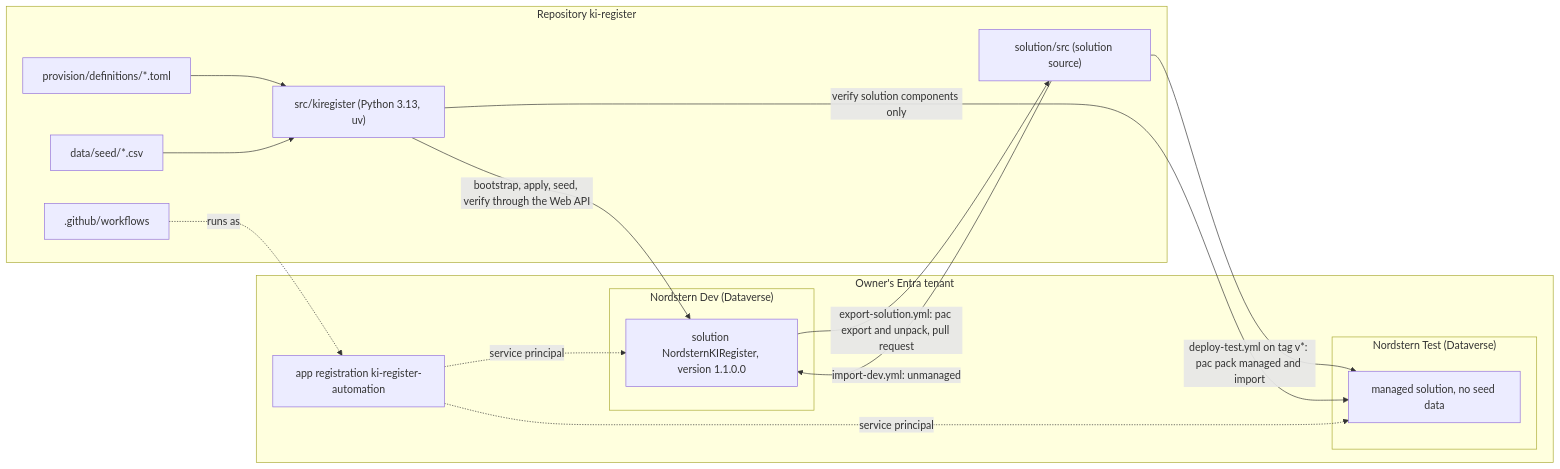
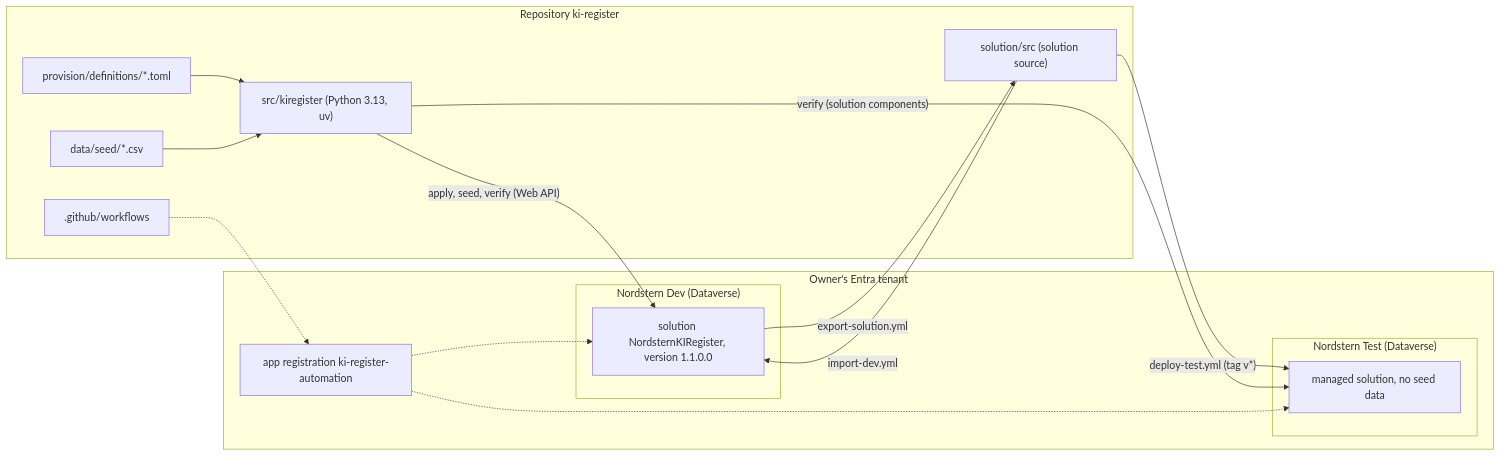
Before and after one commit to HARISPAARTAN/ki-register: the diagram in README.en.md, drawn with Mermaid. The commit also changed 1 other file, not shown here.

Commit message:
docs: shorter edge labels in the architecture diagrams
The labels of the flowchart in README.md and README.en.md named whole commands and made the diagram wide, so GitHub scaled the text down. The workflows and their effects are in the ALM table.

````diff
--- a/README.en.md
+++ b/README.en.md
@@ -15,29 +15,29 @@
 ```mermaid
 flowchart LR
     subgraph Repo["Repository ki-register"]
         defs["provision/definitions/*.toml"]
         pkg["src/kiregister (Python 3.13, uv)"]
         seed["data/seed/*.csv"]
         src["solution/src (solution source)"]
         wf[".github/workflows"]
     end
     subgraph Tenant["Owner's Entra tenant"]
         sp["app registration ki-register-automation"]
         subgraph Dev["Nordstern Dev (Dataverse)"]
             devsol["solution NordsternKIRegister, version 1.1.0.0"]
         end
         subgraph Test["Nordstern Test (Dataverse)"]
             testsol["managed solution, no seed data"]
         end
     end
     defs --> pkg
     seed --> pkg
-    pkg -->|"bootstrap, apply, seed, verify through the Web API"| devsol
-    devsol -->|"export-solution.yml: pac export and unpack, pull request"| src
-    src -->|"import-dev.yml: unmanaged"| devsol
-    src -->|"deploy-test.yml on tag v*: pac pack managed and import"| testsol
-    pkg -->|"verify solution components only"| testsol
-    wf -.->|"runs as"| sp
-    sp -.->|"service principal"| devsol
-    sp -.->|"service principal"| testsol
+    pkg -->|"apply, seed, verify (Web API)"| devsol
+    devsol -->|"export-solution.yml"| src
+    src -->|"import-dev.yml"| devsol
+    src -->|"deploy-test.yml (tag v*)"| testsol
+    pkg -->|"verify (solution components)"| testsol
+    wf -.-> sp
+    sp -.-> devsol
+    sp -.-> testsol
 ```
````
